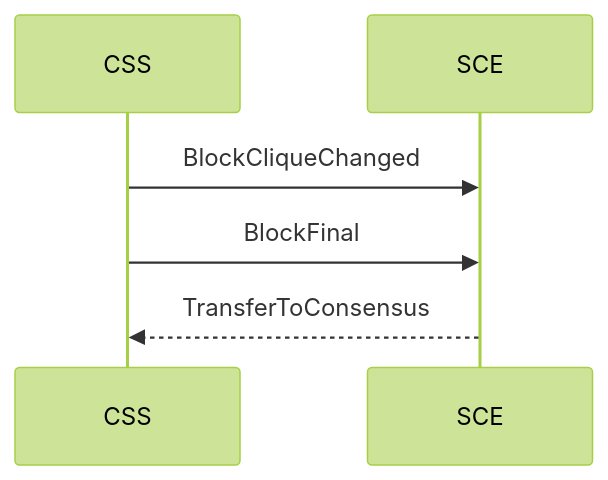
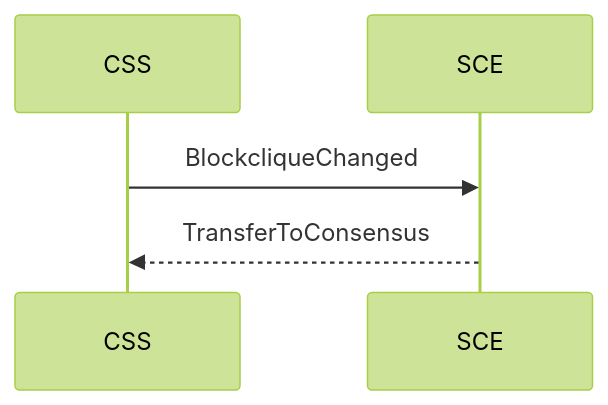
The first of 2 diagrams in docs/execution.md (massalabs/massa), drawn with Mermaid (forest theme) before and after one commit. The commit also changed other lines of this file, not shown here.

````diff
--- a/docs/execution.md
+++ b/docs/execution.md
@@ -56,6 +56,5 @@
 ```mermaid
 sequenceDiagram
-    CSS->>SCE: BlockCliqueChanged
-    CSS->>SCE: BlockFinal
+    CSS->>SCE: BlockcliqueChanged
     SCE-->>CSS: TransferToConsensus
 ```
````
